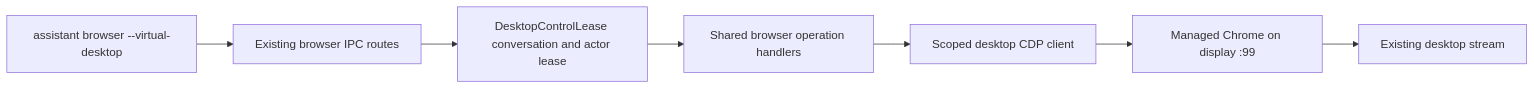
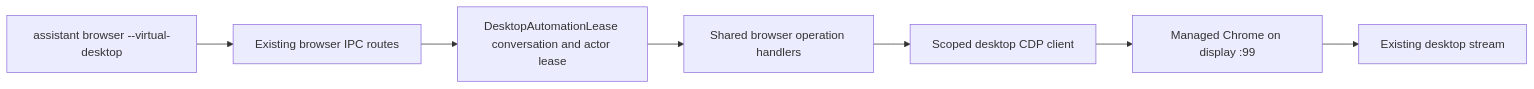
One commit to mouse-value-add/vellum-assistant changed the diagram in assistant/docs/desktop-browser-cli.md. Above: the diagram before and after it, drawn with Mermaid. The commit also changed other lines of this file and 25 other files, not shown here.

````diff
--- a/assistant/docs/desktop-browser-cli.md
+++ b/assistant/docs/desktop-browser-cli.md
@@ -9,9 +9,9 @@
 ```mermaid
 flowchart LR
   CLI[assistant browser --virtual-desktop] --> IPC[Existing browser IPC routes]
-  IPC --> Lease[DesktopControlLease conversation and actor lease]
+  IPC --> Lease[DesktopAutomationLease conversation and actor lease]
   Lease --> Shared[Shared browser operation handlers]
   Shared --> CDP[Scoped desktop CDP client]
   CDP --> Chrome[Managed Chrome on display :99]
   Chrome --> Stream[Existing desktop stream]
 ```
````
